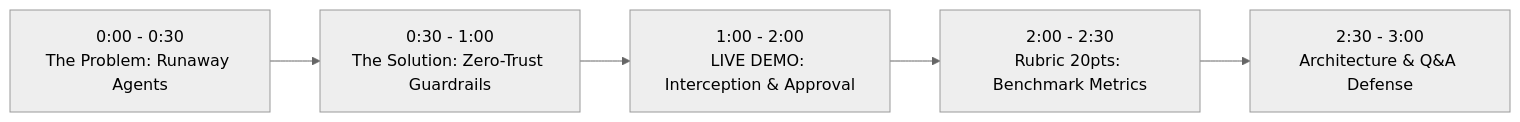
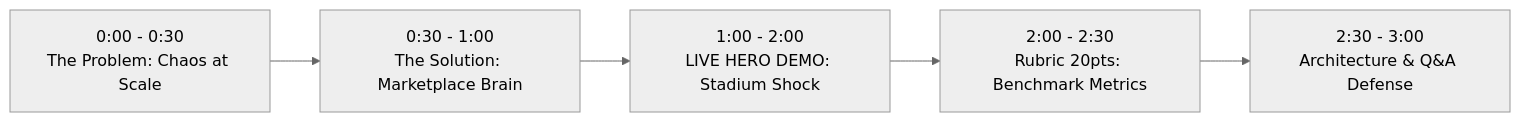
The diagram in PITCH_DECK_GUIDE.md (mayank725-gif/Comit-Con-Hackathon), drawn with Mermaid (neutral theme) before and after one commit. The commit also changed other lines of this file and 15 other files, not shown here.

Commit message:
feat: complete Problem 9 Uber Marketplace Brain with live city map, multi-agent copilot and stadium shock simulation

````diff
--- a/PITCH_DECK_GUIDE.md
+++ b/PITCH_DECK_GUIDE.md
@@ -10,7 +10,7 @@
 ```mermaid
 flowchart LR
-    S1["0:00 - 0:30<br/>The Problem: Runaway Agents"] --> S2["0:30 - 1:00<br/>The Solution: Zero-Trust Guardrails"]
-    S2 --> S3["1:00 - 2:00<br/>LIVE DEMO: Interception & Approval"]
+    S1["0:00 - 0:30<br/>The Problem: Chaos at Scale"] --> S2["0:30 - 1:00<br/>The Solution: Marketplace Brain"]
+    S2 --> S3["1:00 - 2:00<br/>LIVE HERO DEMO: Stadium Shock"]
     S3 --> S4["2:00 - 2:30<br/>Rubric 20pts: Benchmark Metrics"]
     S4 --> S5["2:30 - 3:00<br/>Architecture & Q&A Defense"]
 ```
````
